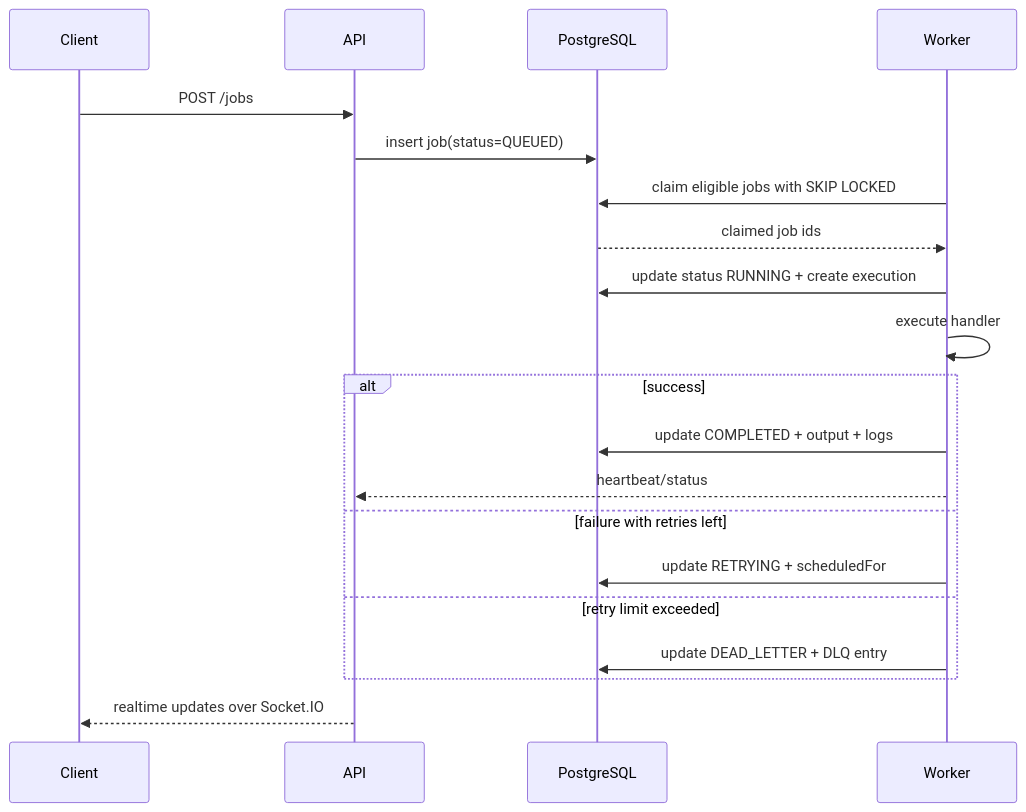
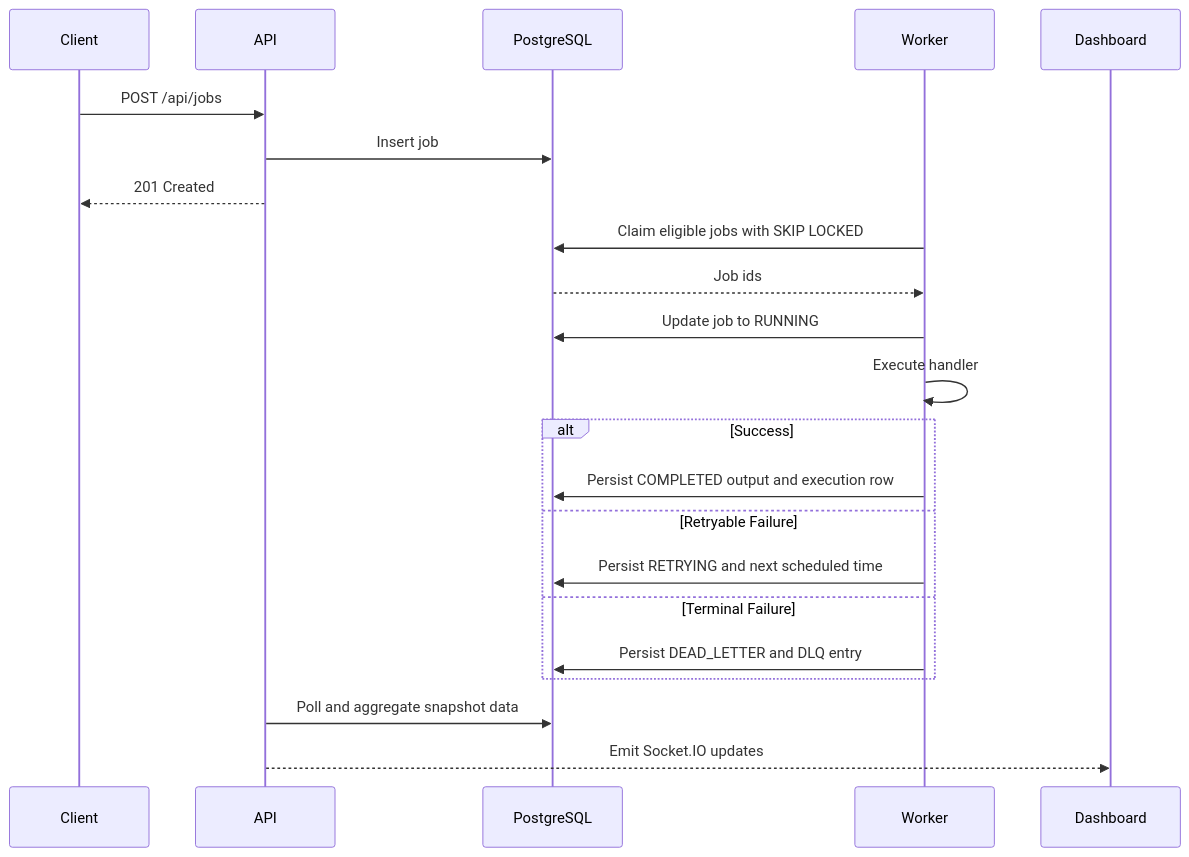
One commit to namanmahajan2020/Distributed-Job-Scheduler changed the diagram in docs/sequence-diagram.md. Above: the diagram before and after it, drawn with Mermaid. The commit also changed other lines of this file and 16 other files, not shown here.

````diff
--- a/docs/sequence-diagram.md
+++ b/docs/sequence-diagram.md
@@ -3,23 +3,25 @@
 ```mermaid
 sequenceDiagram
   participant Client
   participant API
   participant DB as PostgreSQL
   participant Worker
+  participant UI as Dashboard
 
-  Client->>API: POST /jobs
-  API->>DB: insert job(status=QUEUED)
-  Worker->>DB: claim eligible jobs with SKIP LOCKED
-  DB-->>Worker: claimed job ids
-  Worker->>DB: update status RUNNING + create execution
-  Worker->>Worker: execute handler
-  alt success
-    Worker->>DB: update COMPLETED + output + logs
-    Worker-->>API: heartbeat/status
-  else failure with retries left
-    Worker->>DB: update RETRYING + scheduledFor
-  else retry limit exceeded
-    Worker->>DB: update DEAD_LETTER + DLQ entry
+  Client->>API: POST /api/jobs
+  API->>DB: Insert job
+  API-->>Client: 201 Created
+  Worker->>DB: Claim eligible jobs with SKIP LOCKED
+  DB-->>Worker: Job ids
+  Worker->>DB: Update job to RUNNING
+  Worker->>Worker: Execute handler
+  alt Success
+    Worker->>DB: Persist COMPLETED output and execution row
+  else Retryable Failure
+    Worker->>DB: Persist RETRYING and next scheduled time
+  else Terminal Failure
+    Worker->>DB: Persist DEAD_LETTER and DLQ entry
   end
-  API-->>Client: realtime updates over Socket.IO
+  API->>DB: Poll and aggregate snapshot data
+  API-->>UI: Emit Socket.IO updates
 ```
````
